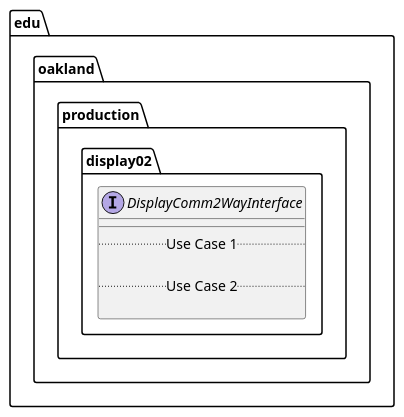
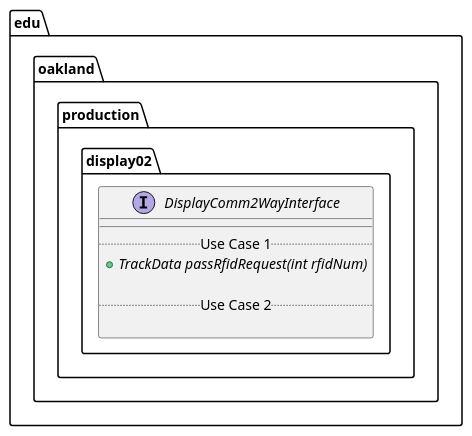
Before and after one commit to elilley15/csi-3370-software-project: the diagram in docs/uml-class-diagrams/display02/production/DisplayComm2WayInterface/DisplayComm2WayInterface.puml, drawn with PlantUML. The commit also changed 3 other files, not shown here.

First line of the commit message:
[Display_02] Display2 class uml diagram (#8)

```diff
--- a/docs/uml-class-diagrams/display02/production/DisplayComm2WayInterface/DisplayComm2WayInterface.puml
+++ b/docs/uml-class-diagrams/display02/production/DisplayComm2WayInterface/DisplayComm2WayInterface.puml
@@ -1,13 +1,14 @@
 @startuml DisplayComm2WayInterface
 
 package edu.oakland.production.display02 {
     interface DisplayComm2WayInterface {
         __
         .. Use Case 1 ..
+        {abstract} + TrackData passRfidRequest(int rfidNum)
 
         .. Use Case 2 ..
 
     }
 }
 
 @enduml
```
